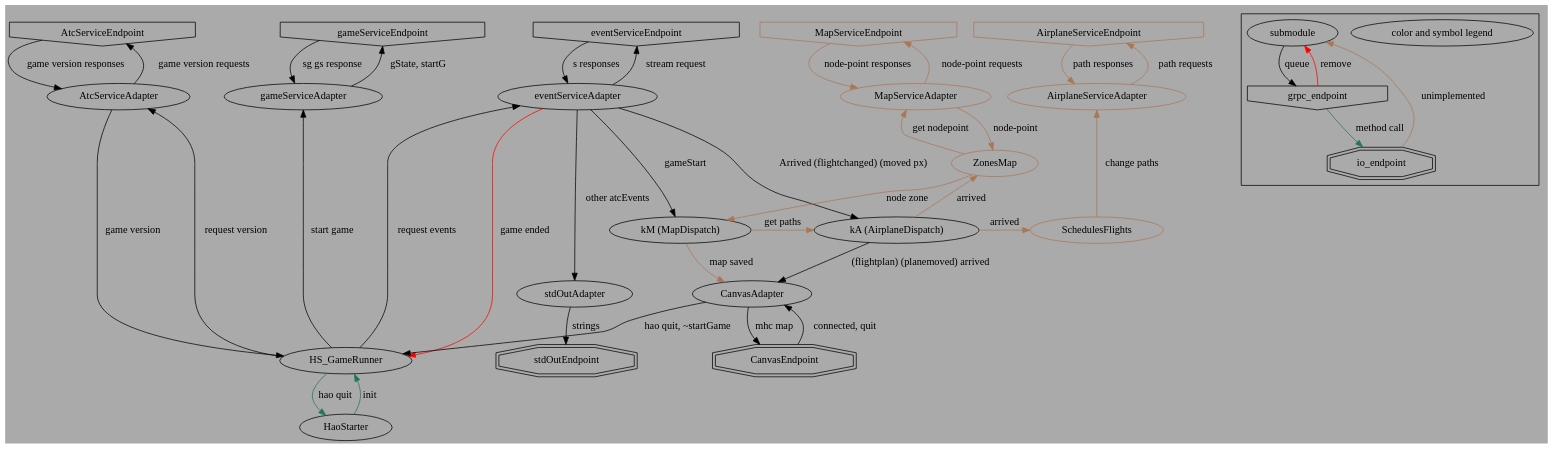
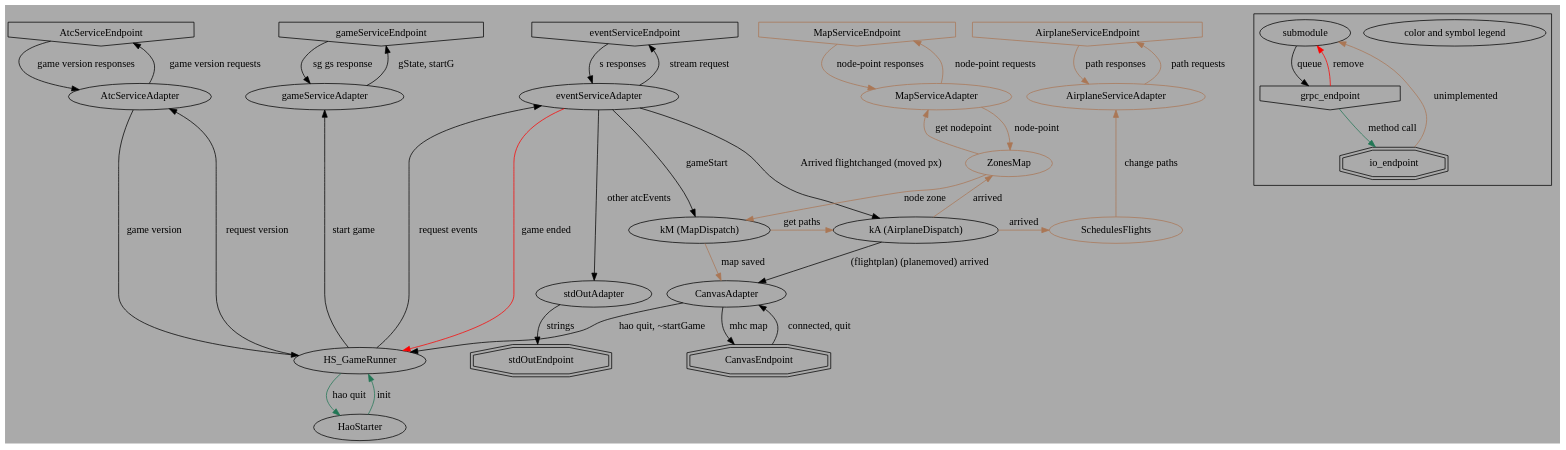
The diagram in docs/modules/queues.dot (Nzen/hircine-anise-okkoz), drawn with Graphviz before and after one commit. The commit also changed 8 other files, not shown here.

```diff
--- a/docs/modules/queues.dot
+++ b/docs/modules/queues.dot
@@ -1,119 +1,119 @@
 
 digraph haokkoz_data_flow
 {
 
 /*
 */
 	bgcolor = "#AAAAAA"
 
 	{
 		rank = same;
 		AtcServiceEndpoint [ shape = invhouse ]; # for game version
 		AirplaneServiceEndpoint [ shape = invhouse color = "#AA7755" ]; # for updating flight plans
 		MapServiceEndpoint [ shape = invhouse color = "#AA7755" ]; # for node to point conversion
 		eventServiceEndpoint [ shape = invhouse ]; # for events
 		gameServiceEndpoint [ shape = invhouse ]; # to start games
 	}
 
 	{
 		rank = same;
 		stdOutEndpoint [ shape = doubleoctagon ];
 		CanvasEndpoint [ shape = doubleoctagon ];
 	}
 
 	{
 		rank = same;
 		AirplaneServiceAdapter [ color = "#AA7755" ];
 		AtcServiceAdapter;
 		eventServiceAdapter;
 		gameServiceAdapter;
 		MapServiceAdapter [ color = "#AA7755" ];
 	}
 
 	{
 		rank = same;
 		CanvasAdapter;
 		stdOutAdapter;
 	}
 
 	{
 		rank = same;
 		knowsAirplanes [ label = "kA (AirplaneDispatch)" ];
 		knowsMap [ label = "kM (MapDispatch)" ];
 		SchedulesFlights [ color = "#AA7755" ];
 	}
 
 	HaoStarter;
 	HS_GameRunner;
 	ZonesMap [ color = "#AA7755" ];
 
 	# [ label = "" ];
 
 	AirplaneServiceAdapter -> AirplaneServiceEndpoint [ label = "path requests" color = "#AA7755" ];
 
 	AirplaneServiceEndpoint -> AirplaneServiceAdapter [ label = "path responses" color = "#AA7755" ];
 
 	AtcServiceAdapter -> AtcServiceEndpoint [ label = "game version requests" ];
 	AtcServiceAdapter -> HS_GameRunner [ label = "game version" ];
 
 	AtcServiceEndpoint -> AtcServiceAdapter [ label = "game version responses" ];
 
 	CanvasEndpoint -> CanvasAdapter [ label = "connected, quit" ];
 
 	CanvasAdapter -> CanvasEndpoint [ label = "mhc map" ];
 	CanvasAdapter -> HS_GameRunner [ label = "hao quit, ~startGame" ];
 
 	eventServiceAdapter -> eventServiceEndpoint [ label = "stream request" ];
 	eventServiceAdapter -> knowsMap [ label = "gameStart" ];
 	eventServiceAdapter -> stdOutAdapter [ label = "other atcEvents" ];
-	eventServiceAdapter -> knowsAirplanes [ label = "Arrived (flightchanged) (moved px)" ];
+	eventServiceAdapter -> knowsAirplanes [ label = "Arrived flightchanged (moved px)" ];
 	eventServiceAdapter -> HS_GameRunner [ label = "game ended" color = "red" ];
 
 	eventServiceEndpoint -> eventServiceAdapter [ label = "s responses" ];
 
 	HaoStarter -> HS_GameRunner [ label = "init" color = "#227755" ];
 
 	HS_GameRunner -> AtcServiceAdapter [ label = "request version" ];
 	HS_GameRunner -> gameServiceAdapter [ label = "start game" ];
 	HS_GameRunner -> HaoStarter [ label = "hao quit" color = "#227755" ];
 	HS_GameRunner -> eventServiceAdapter [ label = "request events" ];
 
 	gameServiceAdapter -> gameServiceEndpoint [ label = "gState, startG" ];
 
 	gameServiceEndpoint -> gameServiceAdapter [ label = "sg gs response" ];
 
 	knowsAirplanes -> CanvasAdapter [ label = "(flightplan) (planemoved) arrived" ];
 	knowsAirplanes -> SchedulesFlights [ label = "arrived" color = "#AA7755" ];
 	knowsAirplanes -> ZonesMap [ label = "arrived" color = "#AA7755" ];
 
 	knowsMap -> CanvasAdapter [ label = "map saved" color = "#AA7755" ];
 	knowsMap -> knowsAirplanes [ label = "get paths" color = "#AA7755" ];
 
 	MapServiceAdapter -> MapServiceEndpoint [ label = "node-point requests" color = "#AA7755" ];
 	MapServiceAdapter -> ZonesMap [ label = "node-point" color = "#AA7755" ];
 
 	MapServiceEndpoint -> MapServiceAdapter [ label = "node-point responses" color = "#AA7755" ];
 
 	SchedulesFlights -> AirplaneServiceAdapter [ label = "change paths" color = "#AA7755" ];
 
 	stdOutAdapter -> stdOutEndpoint [ label = "strings" ];
 
 	ZonesMap -> MapServiceAdapter [ label = "get nodepoint" color = "#AA7755" ];
 	ZonesMap -> knowsMap [ label = "node zone" color = "#AA7755" ];
 
 	# ->  [ label = "" ];
 
 	subgraph cluster0 {
 		color_legend [ label = "color and symbol legend" ];
 		submodule;
 		grpc_endpoint [ shape = invhouse ];
 		io_endpoint [ shape = doubleoctagon ];
 
 		submodule -> grpc_endpoint [ label = "queue" ];
 
 		grpc_endpoint -> io_endpoint [ label = "method call" color = "#227755" ];
 		grpc_endpoint -> submodule [ label = "remove" color = "red" ];
 
 		io_endpoint -> submodule [ label = "unimplemented" color = "#AA7755" ];
 	}
 }
```
